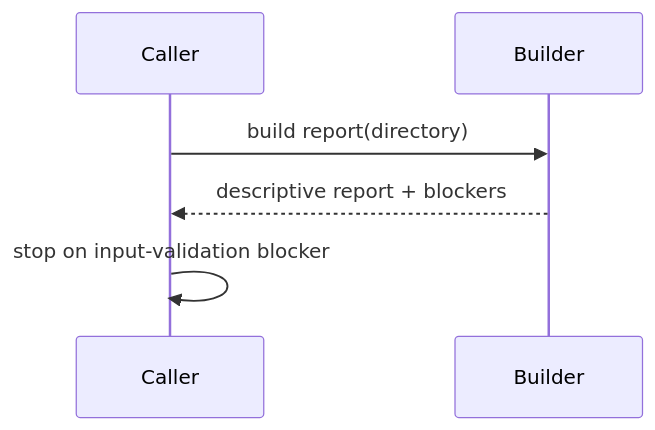
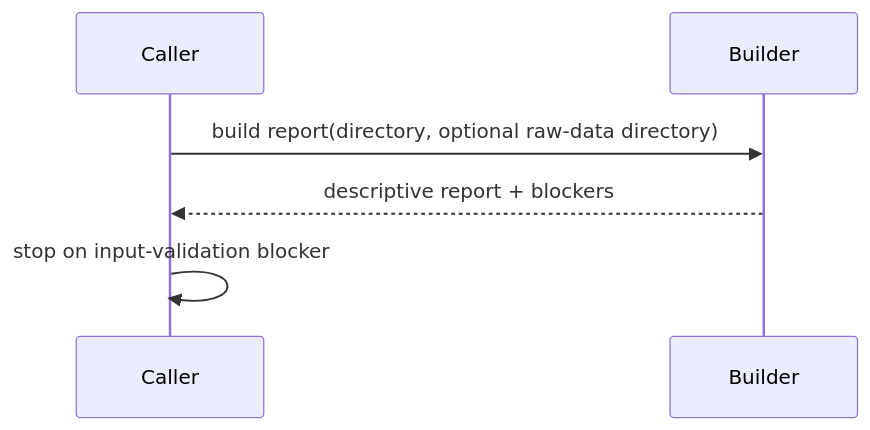
One commit to streamentry/OpenAMP-Foundry changed the second of 2 diagrams in src/openamp_foundry/reports/AGENTS.md. Above: the diagram before and after it, drawn with Mermaid. The commit also changed other lines of this file and 20 other files, not shown here.

````diff
--- a/src/openamp_foundry/reports/AGENTS.md
+++ b/src/openamp_foundry/reports/AGENTS.md
@@ -29,8 +31,8 @@
 ```mermaid
 sequenceDiagram
   participant Caller
   participant Builder
-  Caller->>Builder: build report(directory)
+  Caller->>Builder: build report(directory, optional raw-data directory)
   Builder-->>Caller: descriptive report + blockers
   Caller->>Caller: stop on input-validation blocker
 ```
````
